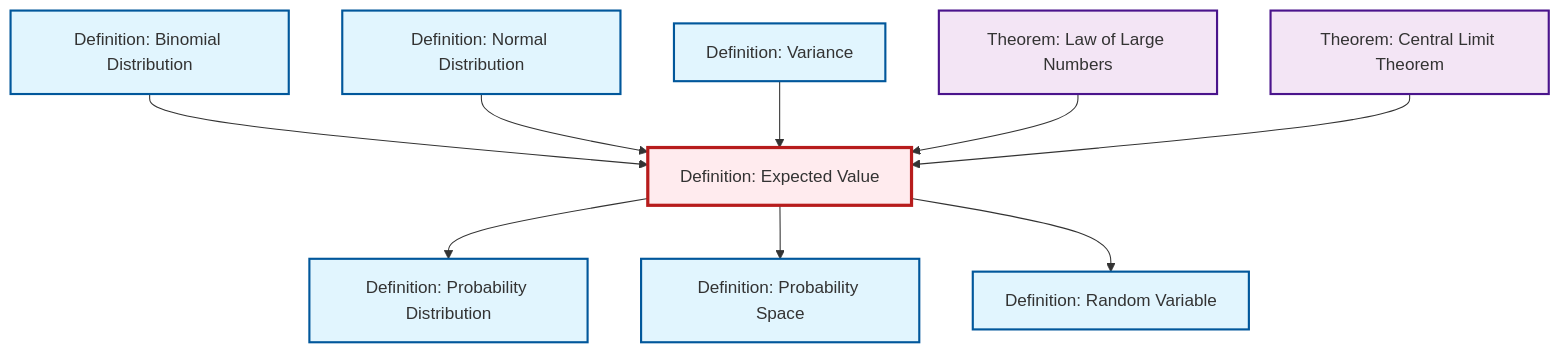
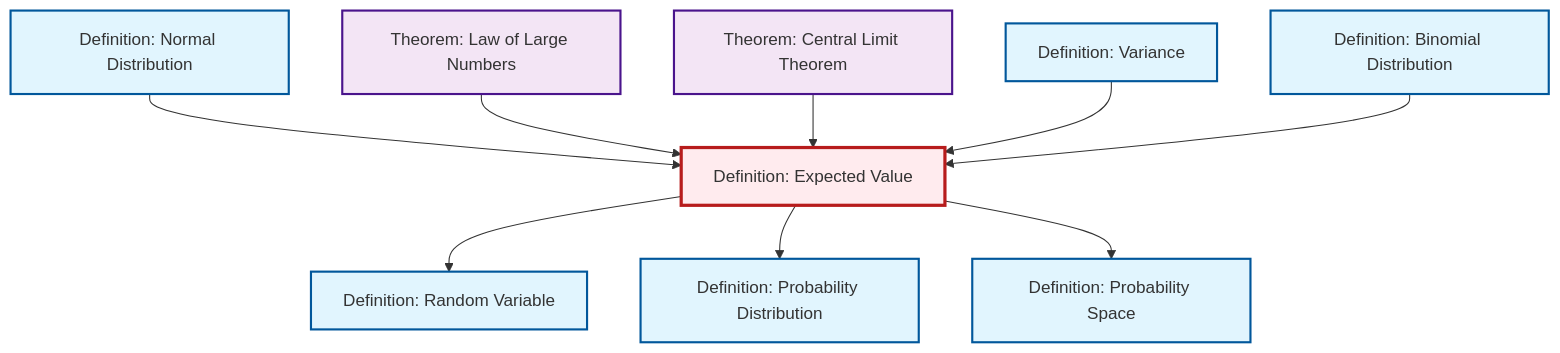
One commit to RK0429/ModernMath changed the second of 2 diagrams in content/en/probability-statistics/def-expectation.qmd. Above: the diagram before and after it, drawn with Mermaid. The commit also changed other lines of this file and 328 other files, not shown here.

````diff
--- a/content/en/probability-statistics/def-expectation.qmd
+++ b/content/en/probability-statistics/def-expectation.qmd
@@ -87,35 +87,35 @@
 ```{mermaid}
 %%| fig-cap: "Local dependency graph"
 graph TD
     classDef definition fill:#e1f5fe,stroke:#01579b,stroke-width:2px
     classDef theorem fill:#f3e5f5,stroke:#4a148c,stroke-width:2px
     classDef axiom fill:#fff3e0,stroke:#e65100,stroke-width:2px
     classDef example fill:#e8f5e9,stroke:#1b5e20,stroke-width:2px
     classDef current fill:#ffebee,stroke:#b71c1c,stroke-width:3px
+    def-random-variable["Definition: Random Variable"]:::definition
     def-normal-distribution["Definition: Normal Distribution"]:::definition
+    def-variance["Definition: Variance"]:::definition
+    thm-central-limit["Theorem: Central Limit Theorem"]:::theorem
+    thm-law-of-large-numbers["Theorem: Law of Large Numbers"]:::theorem
+    def-probability-distribution["Definition: Probability Distribution"]:::definition
     def-probability-space["Definition: Probability Space"]:::definition
+    def-expectation["Definition: Expected Value"]:::definition
     def-binomial-distribution["Definition: Binomial Distribution"]:::definition
-    thm-law-of-large-numbers["Theorem: Law of Large Numbers"]:::theorem
-    def-expectation["Definition: Expected Value"]:::definition
-    def-probability-distribution["Definition: Probability Distribution"]:::definition
-    thm-central-limit["Theorem: Central Limit Theorem"]:::theorem
-    def-variance["Definition: Variance"]:::definition
-    def-random-variable["Definition: Random Variable"]:::definition
+    def-normal-distribution --> def-expectation
+    thm-law-of-large-numbers --> def-expectation
+    thm-central-limit --> def-expectation
+    def-variance --> def-expectation
+    def-binomial-distribution --> def-expectation
+    def-expectation --> def-random-variable
     def-expectation --> def-probability-distribution
-    def-binomial-distribution --> def-expectation
     def-expectation --> def-probability-space
-    def-normal-distribution --> def-expectation
-    def-variance --> def-expectation
-    thm-law-of-large-numbers --> def-expectation
-    def-expectation --> def-random-variable
-    thm-central-limit --> def-expectation
     class def-expectation current
+    click def-random-variable "def-random-variable.html" "Go to Random Variable definition"
     click def-normal-distribution "def-normal-distribution.html" "Go to Normal Distribution definition"
+    click def-variance "def-variance.html" "Go to Variance definition"
+    click thm-central-limit "thm-central-limit.html" "Go to Central Limit Theorem theorem"
+    click thm-law-of-large-numbers "thm-law-of-large-numbers.html" "Go to Law of Large Numbers theorem"
+    click def-probability-distribution "def-probability-distribution.html" "Go to Probability Distribution definition"
     click def-probability-space "def-probability-space.html" "Go to Probability Space definition"
     click def-binomial-distribution "def-binomial-distribution.html" "Go to Binomial Distribution definition"
-    click thm-law-of-large-numbers "thm-law-of-large-numbers.html" "Go to Law of Large Numbers theorem"
-    click def-probability-distribution "def-probability-distribution.html" "Go to Probability Distribution definition"
-    click thm-central-limit "thm-central-limit.html" "Go to Central Limit Theorem theorem"
-    click def-variance "def-variance.html" "Go to Variance definition"
-    click def-random-variable "def-random-variable.html" "Go to Random Variable definition"
 ```
````
